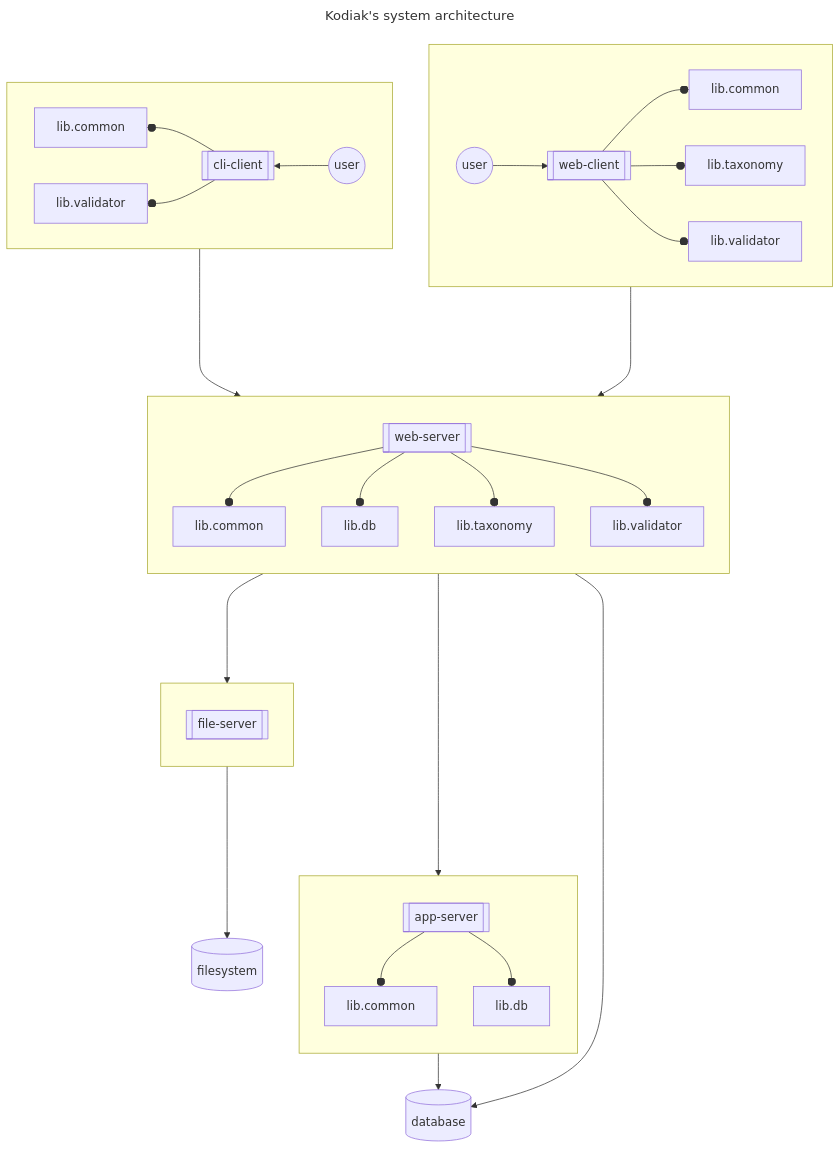
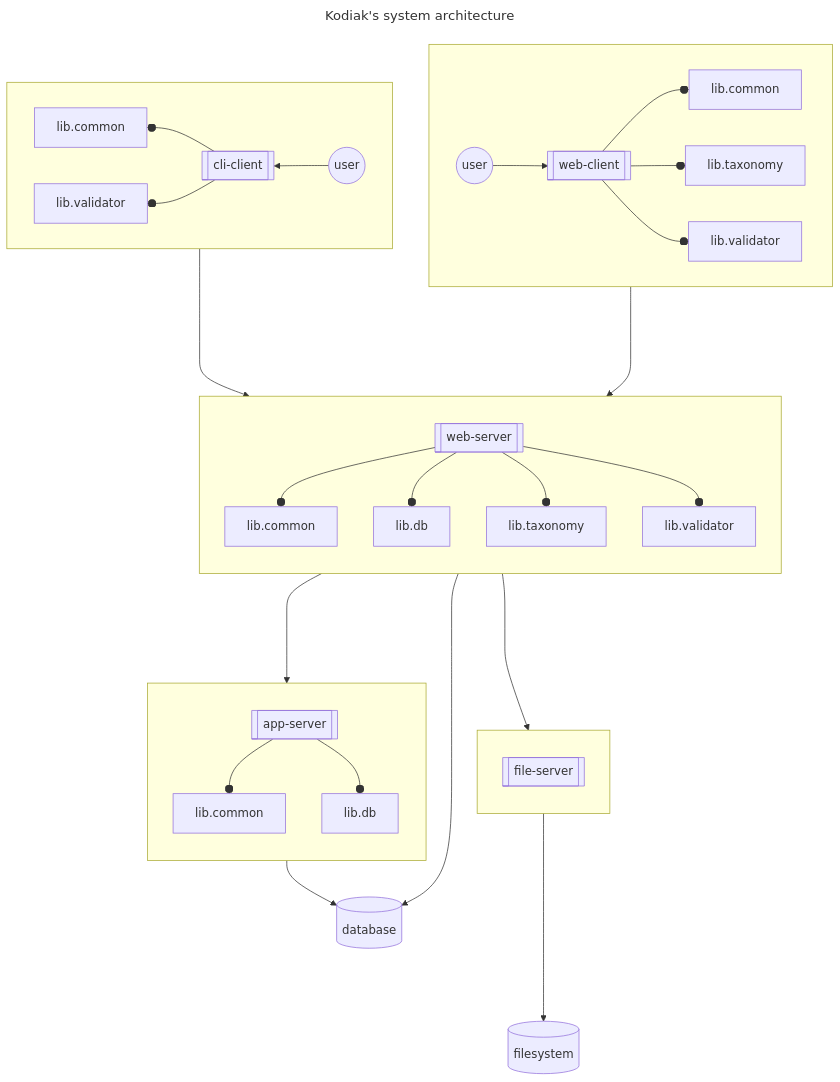
The diagram in SYSTEM-ARCHITECTURE.md (polarlabs/kodiak-diagrams), drawn with Mermaid before and after one commit.

Commit message:
fix: rearrange boxes.

````diff
--- a/SYSTEM-ARCHITECTURE.md
+++ b/SYSTEM-ARCHITECTURE.md
@@ -5,43 +5,43 @@
 ```mermaid
 ---
 title: Kodiak's system architecture
 ---
 flowchart TB
   subgraph user-web[ ]
     direction LR
     web-user((user)) --> web-client[[web-client]]
     web-client --o web-client.lib.common[lib.common]
     web-client --o web-client.lib.taxonomy[lib.taxonomy]
     web-client --o web-client.lib.validator[lib.validator]
   end
   subgraph user-cli[ ]
     direction RL
     cli-user((user)) --> cli-client[[cli-client]]
     cli-client --o cli-client.lib.common[lib.common]
     cli-client --o cli-client.lib.validator[lib.validator]
   end
   subgraph file-server[ ]
     direction TB
     file-server.api[[file-server]]
   end
   subgraph web-server[ ]
     direction TB
     web-server.api[[web-server]] --o web-server.lib.common[lib.common]
     web-server.api[[web-server]] --o web-server.lib.db[lib.db]
     web-server.api[[web-server]] --o web-server.lib.taxonomy[lib.taxonomy]
     web-server.api[[web-server]] --o web-server.lib.validator[lib.validator]
   end
   subgraph app-server[ ]
     direction TB
     app-server.api[[app-server]] --o app-server.lib.common[lib.common]
     app-server.api[[app-server]] --o app-server.lib.db[lib.db]
   end
   web-client ----> web-server.api
   cli-client ----> web-server.api
   web-server.api ----> file-server.api
   web-server.api ----> app-server.api
   file-server ----> filesystem[(filesystem)]
   web-server --> database[(database)]
   app-server --> database[(database)]
-  filesystem ~~~ database
+  file-server ~~~ web-server
 ```
````
